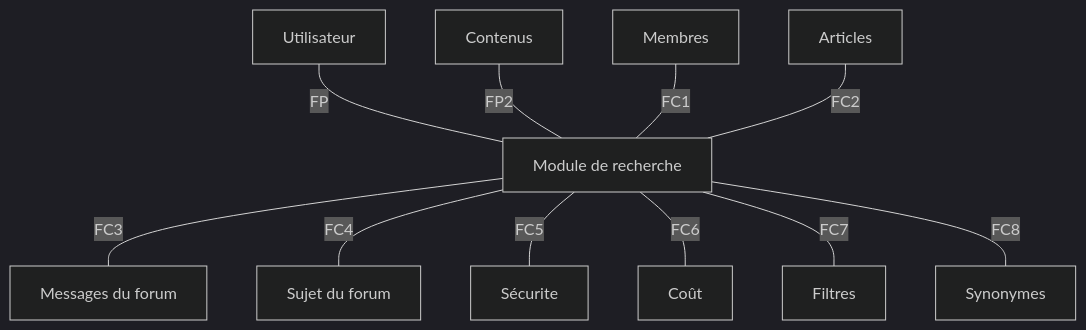
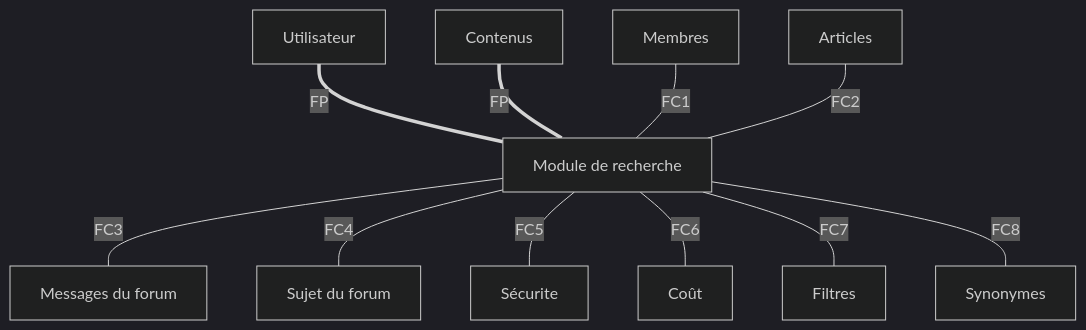
Before and after one commit to victorlohezic/pfa-zds: the second of 3 diagrams in cdc/cdc.md, drawn with Mermaid (dark theme). The commit also changed other lines of this file and 2 other files, not shown here.

Commit message:
Update some diagrams

````diff
--- a/cdc/cdc.md
+++ b/cdc/cdc.md
@@ -49,13 +64,13 @@
 ```mermaid
 flowchart TB
-    FP1[Utilisateur]--FP ---C;
-    FP2[Contenus]--FP2 ---C;
+    FP1[Utilisateur]==FP ===C;
+    FP2[Contenus]==FP ===C;
     A[Membres]--FC1 ---C;
     B[Articles]--FC2 ---C[Module de recherche];
     C[Module de recherche]--FC3 ---D[Messages du forum];
     C[Module de recherche]--FC4 ---E[Sujet du forum];
     C[Module de recherche]--FC5 ---F[Sécurite];
     C[Module de recherche]--FC6 ---G[Coût];
     C[Module de recherche]--FC7 ---H[Filtres];
     C[Module de recherche]--FC8 ---I[Synonymes];
 ```
````
